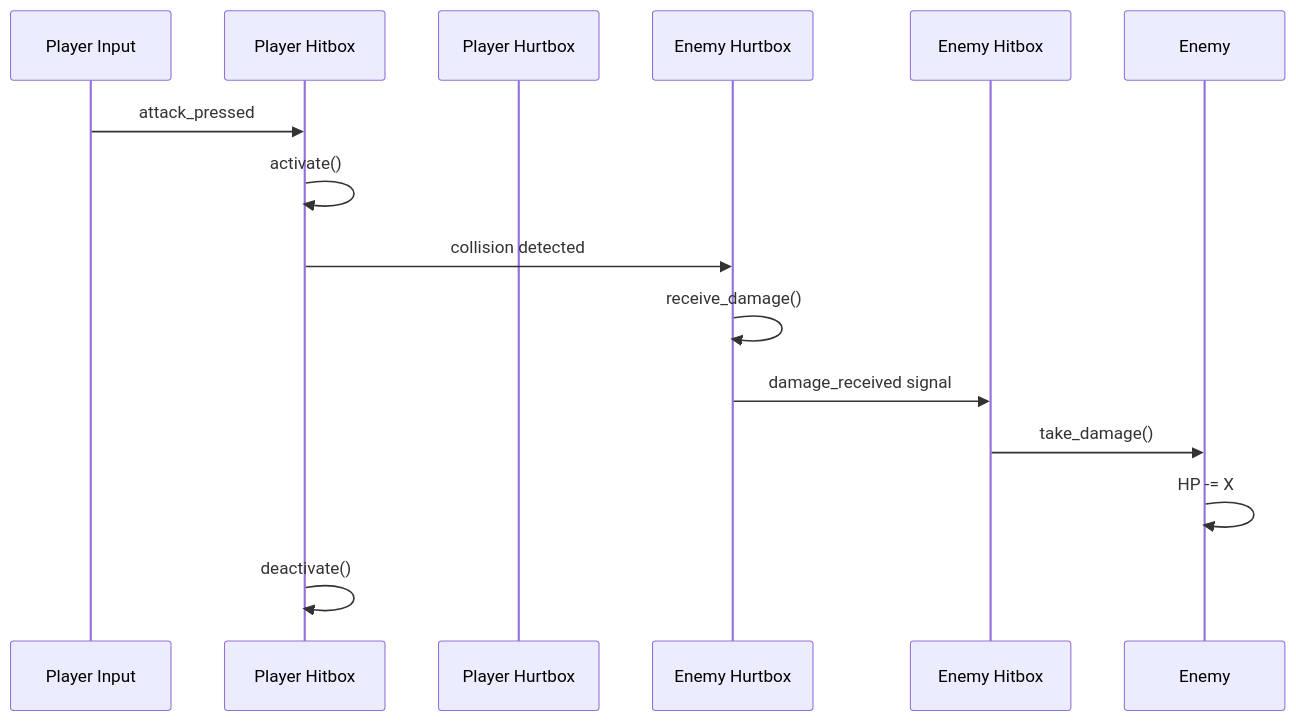
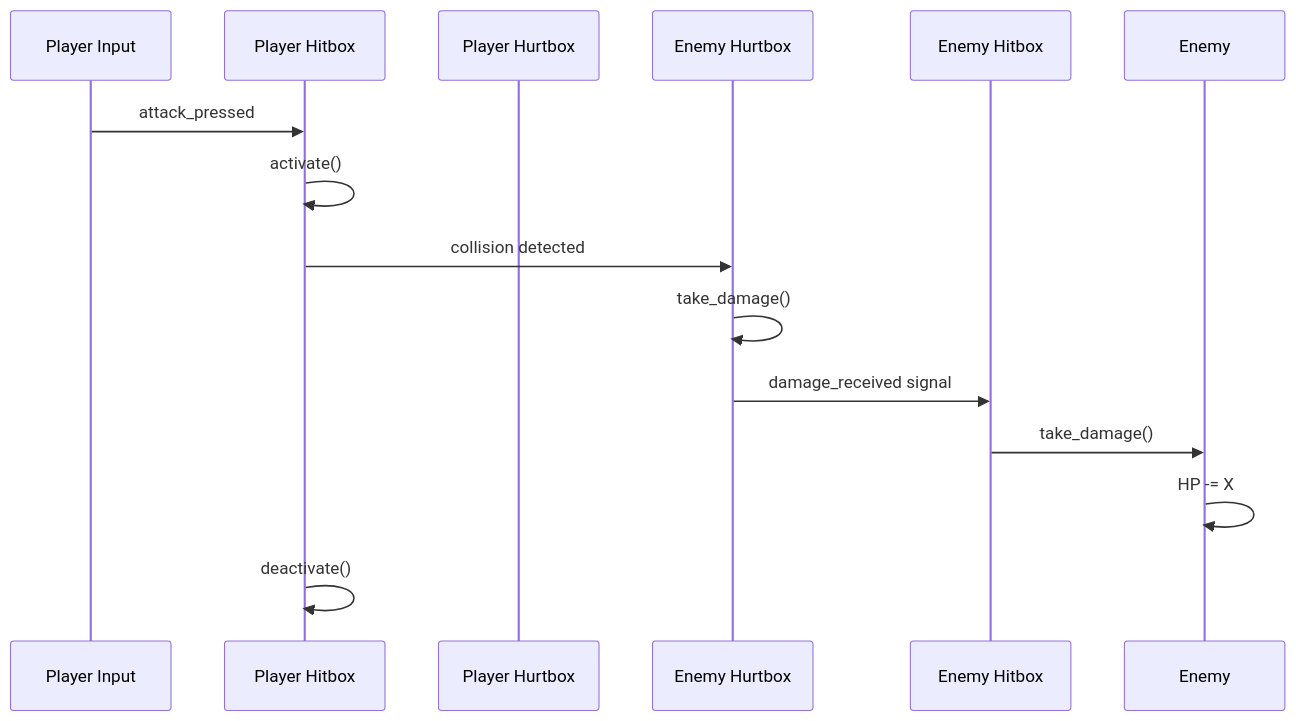
One commit to HauTranCong/emberfield changed the ninth of 9 diagrams in docs/combat_system.md. Above: the diagram before and after it, drawn with Mermaid. The commit also changed other lines of this file and 3 other files, not shown here.

````diff
--- a/docs/combat_system.md
+++ b/docs/combat_system.md
@@ -390,18 +390,18 @@
 ```mermaid
 sequenceDiagram
     participant PI as Player Input
     participant PH as Player Hitbox
     participant PHurt as Player Hurtbox
     participant EHurt as Enemy Hurtbox
     participant EHit as Enemy Hitbox
     participant EAI as Enemy
     
     PI->>PH: attack_pressed
     PH->>PH: activate()
     PH->>EHurt: collision detected
-    EHurt->>EHurt: receive_damage()
+    EHurt->>EHurt: take_damage()
     EHurt->>EHit: damage_received signal
     EHit->>EAI: take_damage()
     EAI->>EAI: HP -= X
     PH->>PH: deactivate()
 ```
````
